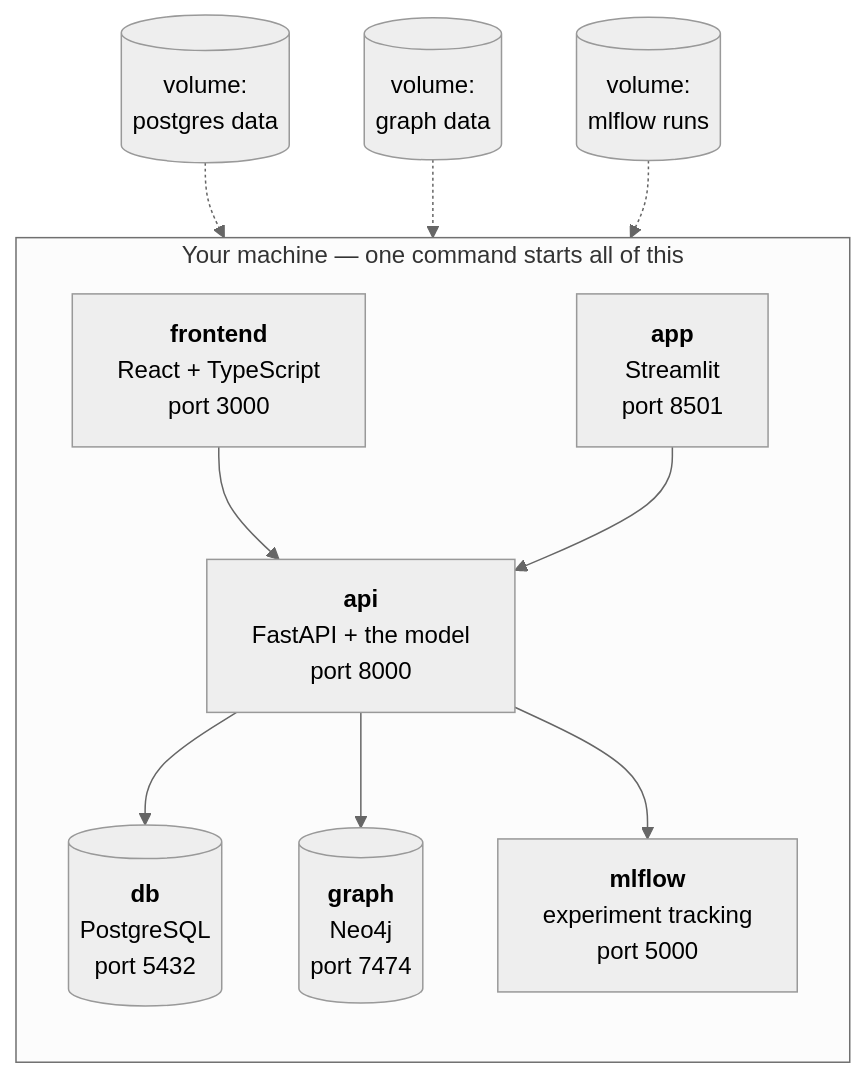
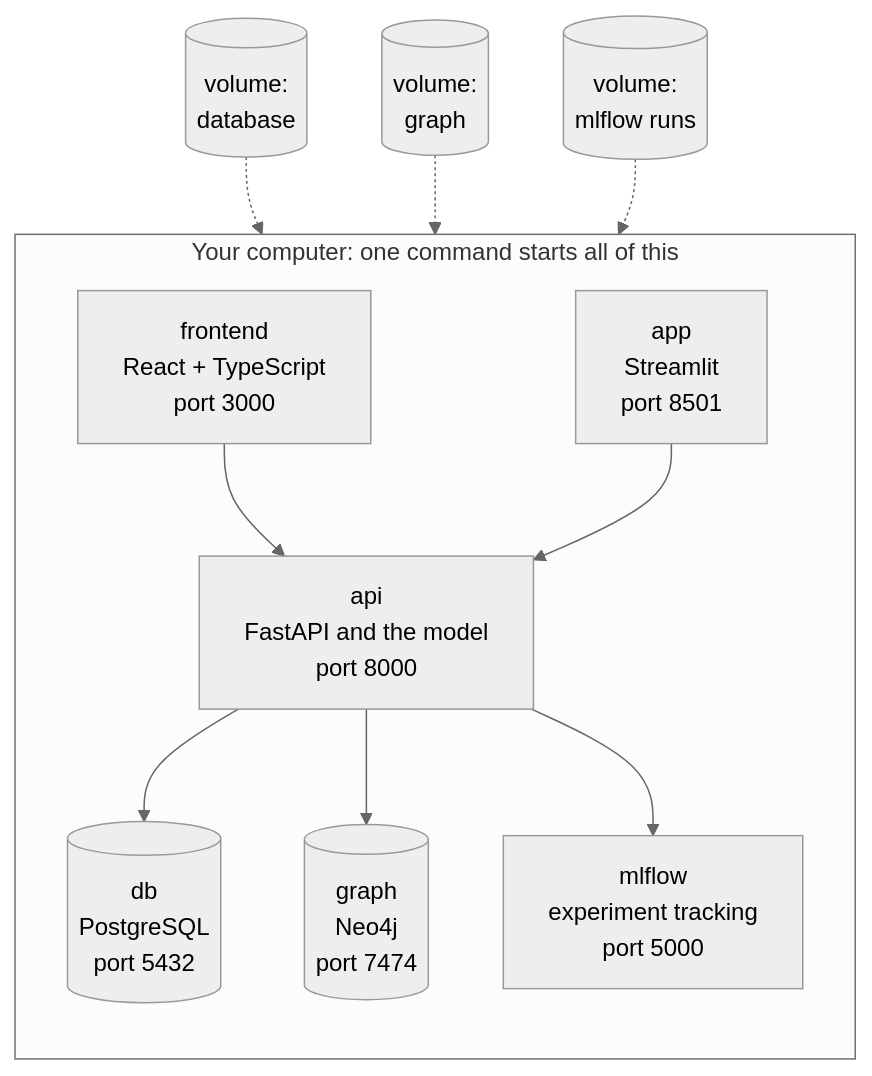
Before and after one commit to akannan2987/realsignal: the diagram in docs/CONTAINERS.md, drawn with Mermaid (neutral theme). The commit also changed other lines of this file and 41 other files, not shown here.

````diff
--- a/docs/CONTAINERS.md
+++ b/docs/CONTAINERS.md
@@ -434,22 +276,20 @@
 ```mermaid
 flowchart TD
-    subgraph HOST["Your machine — one command starts all of this"]
+    subgraph HOST["Your computer: one command starts all of this"]
         direction TB
-        FE["<b>frontend</b><br/>React + TypeScript<br/>port 3000"]
-        API["<b>api</b><br/>FastAPI + the model<br/>port 8000"]
-        ST["<b>app</b><br/>Streamlit<br/>port 8501"]
-        PG[("<b>db</b><br/>PostgreSQL<br/>port 5432")]
-        NEO[("<b>graph</b><br/>Neo4j<br/>port 7474")]
-        ML["<b>mlflow</b><br/>experiment tracking<br/>port 5000"]
-
+        FE["frontend<br/>React + TypeScript<br/>port 3000"]
+        ST["app<br/>Streamlit<br/>port 8501"]
+        API["api<br/>FastAPI and the model<br/>port 8000"]
+        PG[("db<br/>PostgreSQL<br/>port 5432")]
+        NEO[("graph<br/>Neo4j<br/>port 7474")]
+        ML["mlflow<br/>experiment tracking<br/>port 5000"]
         FE --> API
         ST --> API
         API --> PG
         API --> NEO
         API --> ML
     end
-
-    V1[("volume:<br/>postgres data")] -.-> PG
-    V2[("volume:<br/>graph data")] -.-> NEO
+    V1[("volume:<br/>database")] -.-> PG
+    V2[("volume:<br/>graph")] -.-> NEO
     V3[("volume:<br/>mlflow runs")] -.-> ML
 ```
````
